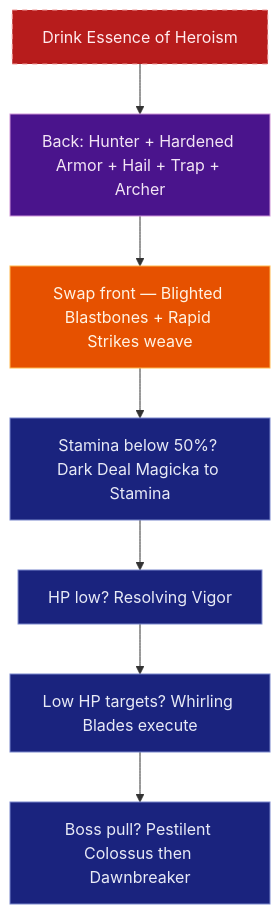
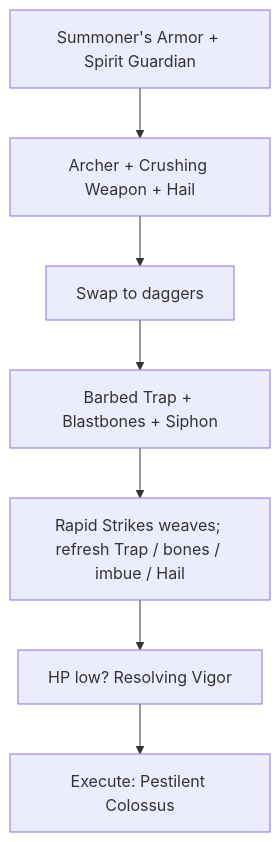
The second of 3 diagrams in examples/solaegis/na/heka_ankh_plan.md (solaegis/CharacterMarkdown), drawn with Mermaid before and after one commit. The commit also changed other lines of this file and 20 other files, not shown here.

````diff
--- a/examples/solaegis/na/heka_ankh_plan.md
+++ b/examples/solaegis/na/heka_ankh_plan.md
@@ -145,14 +120,9 @@
 ```mermaid
 flowchart TD
-    classDef start fill:#B71C1C,stroke:#EF9A9A,stroke-dasharray:5 5,color:#FFEBEE
-    classDef backbar fill:#4A148C,stroke:#CE93D8,color:#F3E5F5
-    classDef swap fill:#E65100,stroke:#FFB74D,color:#FFF3E3
-    classDef frontbar fill:#1A237E,stroke:#7986CB,color:#E8EAF6
-
-    A["Drink Essence of Heroism"]:::start --> B["Back: Hunter + Hardened Armor + Hail + Trap + Archer"]:::backbar
-    B --> C["Swap front — Blighted Blastbones + Rapid Strikes weave"]:::swap
-    C --> D["Stamina below 50%? Dark Deal Magicka to Stamina"]:::frontbar
-    D --> E["HP low? Resolving Vigor"]:::frontbar
-    E --> F["Low HP targets? Whirling Blades execute"]:::frontbar
-    F --> G["Boss pull? Pestilent Colossus then Dawnbreaker"]:::frontbar
+    A["Summoner's Armor + Spirit Guardian"] --> B["Archer + Crushing Weapon + Hail"]
+    B --> C["Swap to daggers"]
+    C --> D["Barbed Trap + Blastbones + Siphon"]
+    D --> E["Rapid Strikes weaves; refresh Trap / bones / imbue / Hail"]
+    E --> F["HP low? Resolving Vigor"]
+    F --> G["Execute: Pestilent Colossus"]
 ```
````
